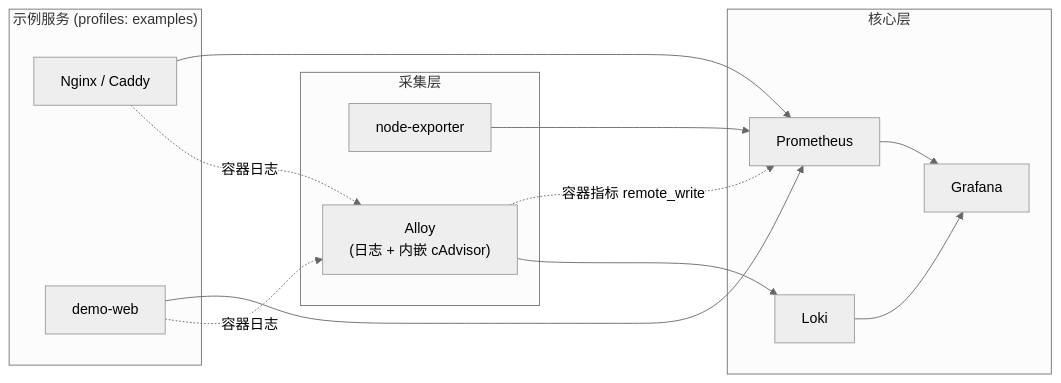
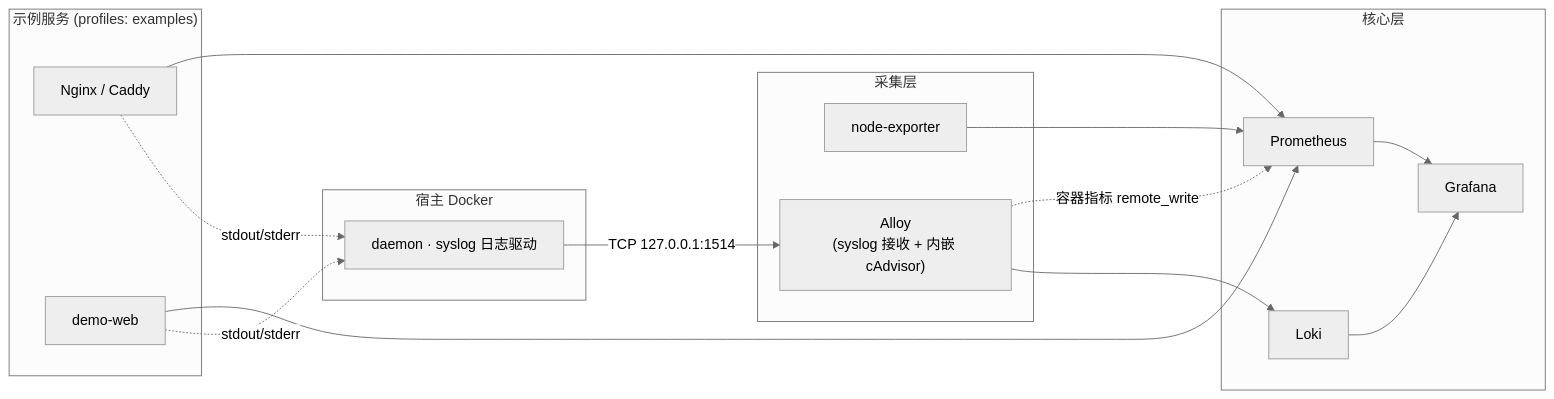
Before and after one commit to skarner2016/infra-observability-starter: the diagram in README.md, drawn with Mermaid (neutral theme). The commit also changed other lines of this file and 7 other files, not shown here.

````diff
--- a/README.md
+++ b/README.md
@@ -7,28 +7,33 @@
 ```mermaid
 flowchart LR
   subgraph ex["示例服务 (profiles: examples)"]
     proxy[Nginx / Caddy]
     web[demo-web]
   end
 
   subgraph collect["采集层"]
     node[node-exporter]
-    alloy["Alloy<br/>(日志 + 内嵌 cAdvisor)"]
+    alloy["Alloy<br/>(syslog 接收 + 内嵌 cAdvisor)"]
+  end
+
+  subgraph host["宿主 Docker"]
+    daemon[daemon · syslog 日志驱动]
   end
 
   subgraph core["核心层"]
     prom[Prometheus]
     loki[Loki]
     graf[Grafana]
   end
 
   node --> prom
   web --> prom
   proxy --> prom
   alloy -. 容器指标 remote_write .-> prom
-  proxy -. 容器日志 .-> alloy
-  web -. 容器日志 .-> alloy
+  proxy -. stdout/stderr .-> daemon
+  web -. stdout/stderr .-> daemon
+  daemon -->|TCP 127.0.0.1:1514| alloy
   alloy --> loki
   prom --> graf
   loki --> graf
 ```
````
